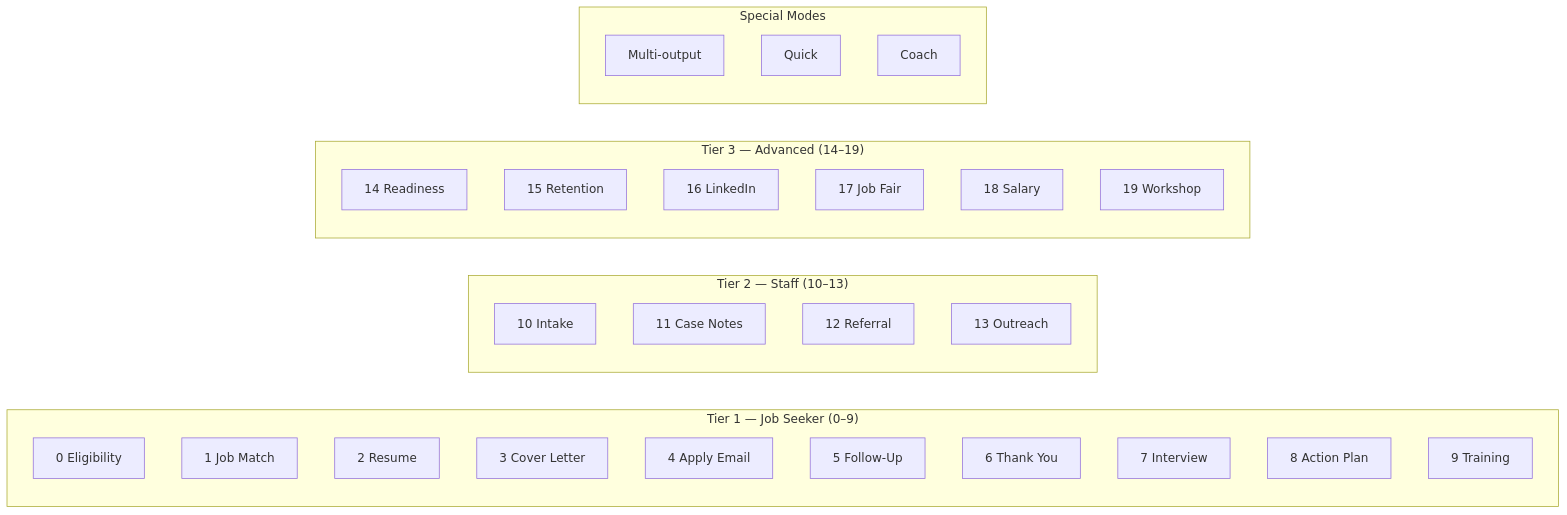
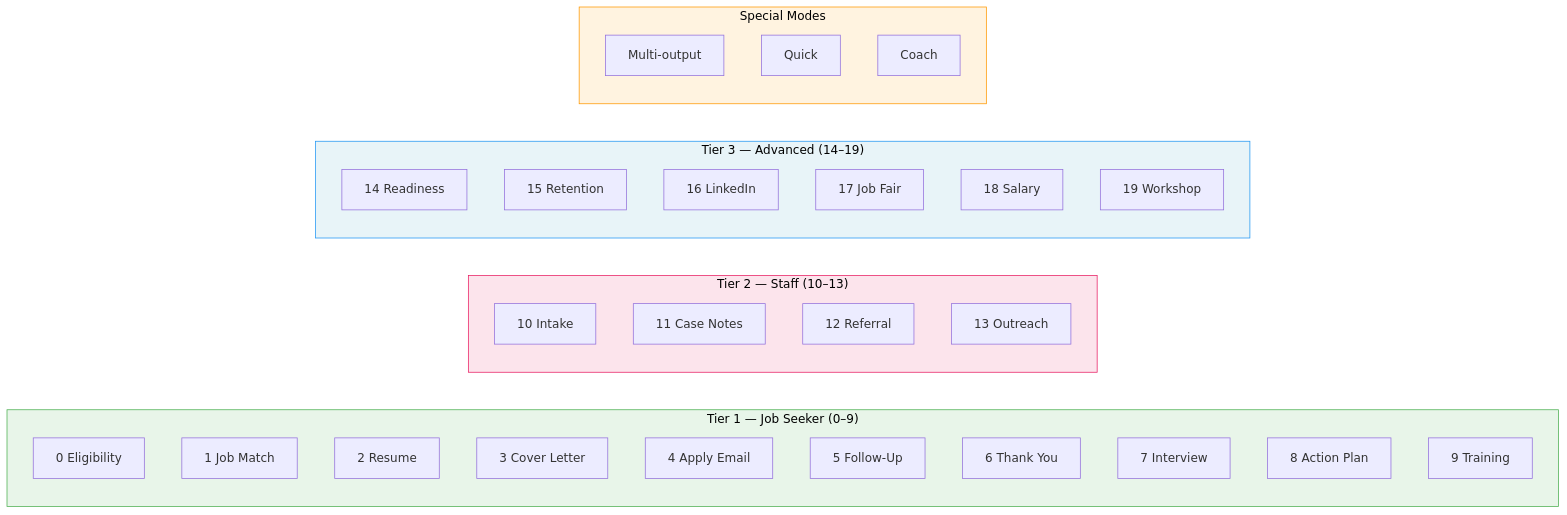
The third of 8 diagrams in README.md (dougdevitre/access-to-jobs), drawn with Mermaid before and after one commit. The commit also changed other lines of this file and 7 other files, not shown here.

First line of the commit message:
Enhance mermaid diagrams across all documentation files

````diff
--- a/README.md
+++ b/README.md
@@ -126,34 +161,39 @@
 ```mermaid
 flowchart LR
     subgraph Tier1["Tier 1 — Job Seeker (0–9)"]
         M0["0 Eligibility"]
         M1["1 Job Match"]
         M2["2 Resume"]
         M3["3 Cover Letter"]
         M4["4 Apply Email"]
         M5["5 Follow-Up"]
         M6["6 Thank You"]
         M7["7 Interview"]
         M8["8 Action Plan"]
         M9["9 Training"]
     end
     subgraph Tier2["Tier 2 — Staff (10–13)"]
         M10["10 Intake"]
         M11["11 Case Notes"]
         M12["12 Referral"]
         M13["13 Outreach"]
     end
     subgraph Tier3["Tier 3 — Advanced (14–19)"]
         M14["14 Readiness"]
         M15["15 Retention"]
         M16["16 LinkedIn"]
         M17["17 Job Fair"]
         M18["18 Salary"]
         M19["19 Workshop"]
     end
     subgraph Tier4["Special Modes"]
         SM1["Multi-output"]
         SM2["Quick"]
         SM3["Coach"]
     end
+
+    style Tier1 fill:#e8f5e9,stroke:#4CAF50,color:#000
+    style Tier2 fill:#fce4ec,stroke:#E91E63,color:#000
+    style Tier3 fill:#e8f4f8,stroke:#2196F3,color:#000
+    style Tier4 fill:#fff3e0,stroke:#FF9800,color:#000
 ```
````
